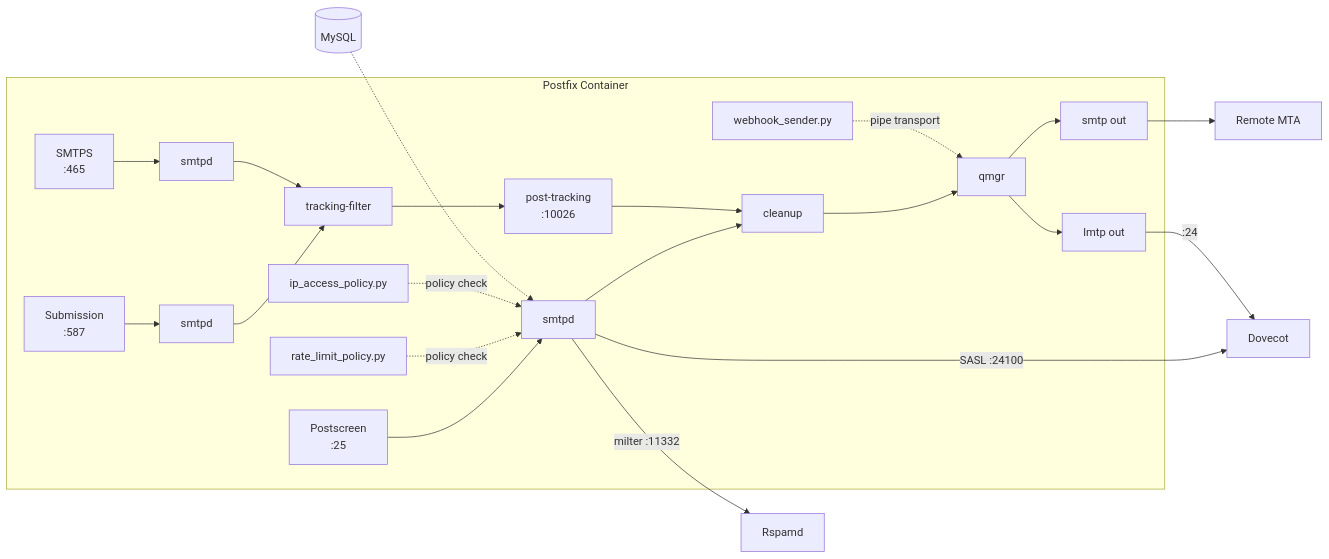
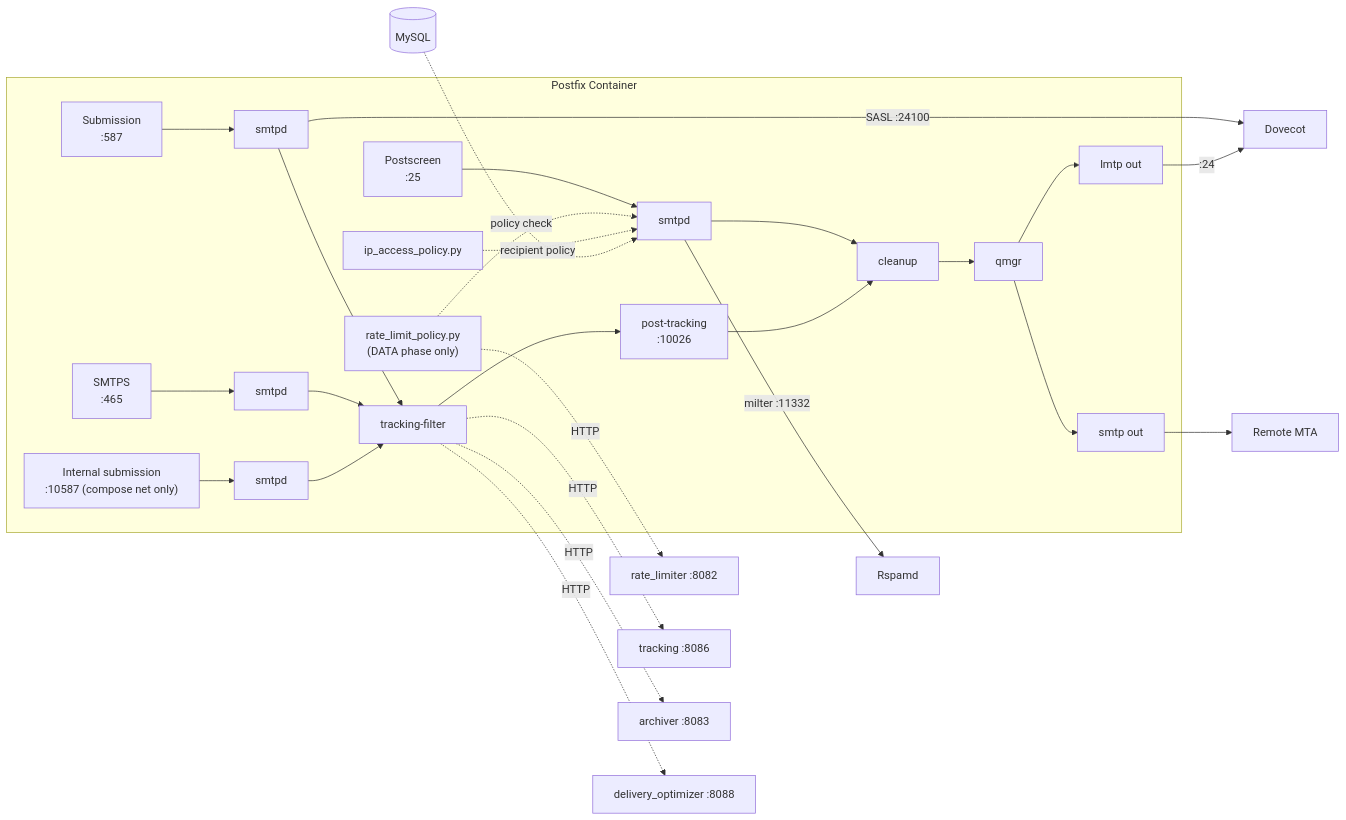
Before and after one commit to Techies-Africa/mailyte-mail-server-community: the diagram in docs/mailer/postfix.md, drawn with Mermaid. The commit also changed other lines of this file and 481 other files, not shown here.

````diff
--- a/docs/mailer/postfix.md
+++ b/docs/mailer/postfix.md
@@ -17,30 +19,35 @@
 ```mermaid
 flowchart LR
     subgraph Postfix Container
         PS[Postscreen\n:25] --> SMTPD[smtpd]
         SUB[Submission\n:587] --> SMTPD2[smtpd]
         SMTPS[SMTPS\n:465] --> SMTPD3[smtpd]
+        INT["Internal submission\n:10587 (compose net only)"] --> SMTPD4[smtpd]
 
         SMTPD --> CLEANUP[cleanup]
         SMTPD2 --> TF[tracking-filter]
         SMTPD3 --> TF
+        SMTPD4 --> TF
 
         TF --> AFTER["post-tracking\n:10026"]
         AFTER --> CLEANUP
 
         CLEANUP --> QMGR[qmgr]
         QMGR --> SMTP[smtp out]
         QMGR --> LMTP[lmtp out]
 
-        RL[rate_limit_policy.py] -.->|policy check| SMTPD
-        IP[ip_access_policy.py] -.->|policy check| SMTPD
-        WH[webhook_sender.py] -.->|pipe transport| QMGR
+        RL["rate_limit_policy.py\n(DATA phase only)"] -.->|policy check| SMTPD
+        IP[ip_access_policy.py] -.->|recipient policy| SMTPD
     end
 
     SMTPD -->|milter :11332| Rspamd
-    SMTPD -->|SASL :24100| Dovecot
+    SMTPD2 -->|SASL :24100| Dovecot
     LMTP -->|":24"| Dovecot
     SMTP --> Remote[Remote MTA]
+    RL -.->|HTTP| RateLimiter["rate_limiter :8082"]
+    TF -.->|HTTP| Tracking["tracking :8086"]
+    TF -.->|HTTP| Archiver["archiver :8083"]
+    TF -.->|HTTP| DelOpt["delivery_optimizer :8088"]
 
     MySQL[(MySQL)] -.-> SMTPD
 ```
````
